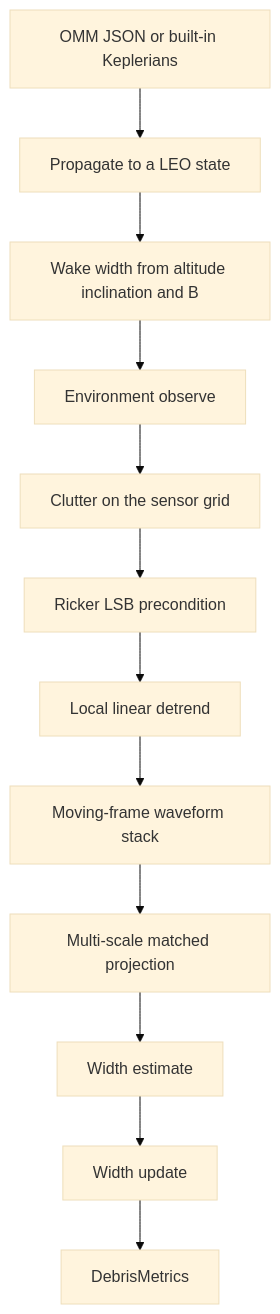
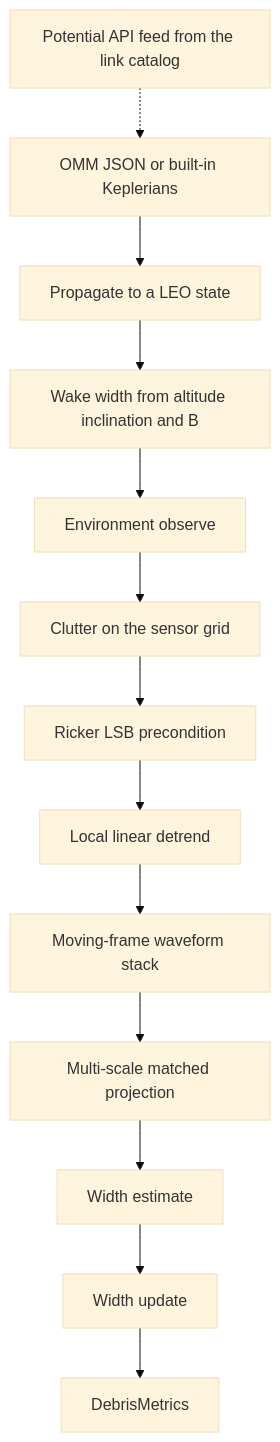
One commit to code4johnm/sinatra_audit changed the diagram in diagrams/data-flow.mmd. Above: the diagram before and after it, drawn with Mermaid (base theme). The commit also changed 21 other files, not shown here.

```diff
--- a/diagrams/data-flow.mmd
+++ b/diagrams/data-flow.mmd
@@ -1,25 +1,27 @@
 graph TD
   omm[OMM JSON or built-in Keplerians]
   leo[Propagate to a LEO state]
   wake[Wake width from altitude inclination and B]
   obs[Environment observe]
   snr[Clutter on the sensor grid]
   ricker["Ricker LSB precondition"]
   trend["Local linear detrend"]
   stack["Moving-frame waveform stack"]
   match["Multi-scale matched projection"]
   sigma[Width estimate]
   jko[Width update]
   metrics["DebrisMetrics"]
+  feeds[Potential API feed from the link catalog]
 
   omm --> leo
   leo --> wake
   wake --> obs
   obs --> snr
   snr --> ricker
   ricker --> trend
   trend --> stack
   stack --> match
   match --> sigma
   sigma --> jko
   jko --> metrics
+  feeds -.-> omm
```
